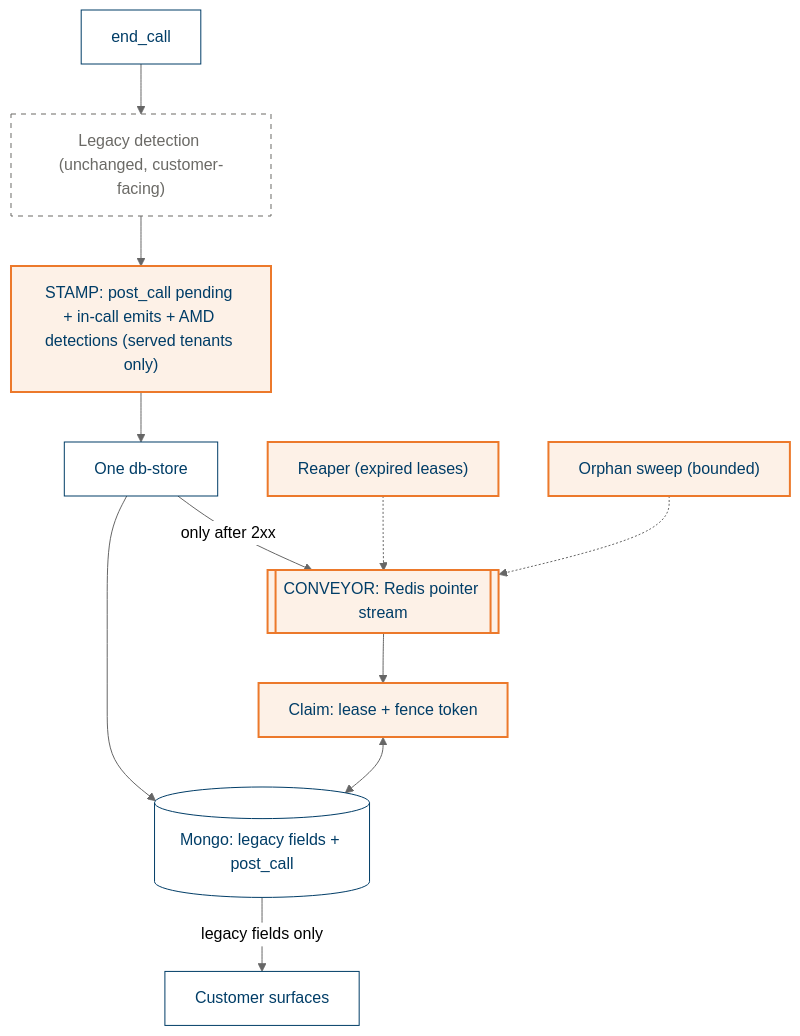
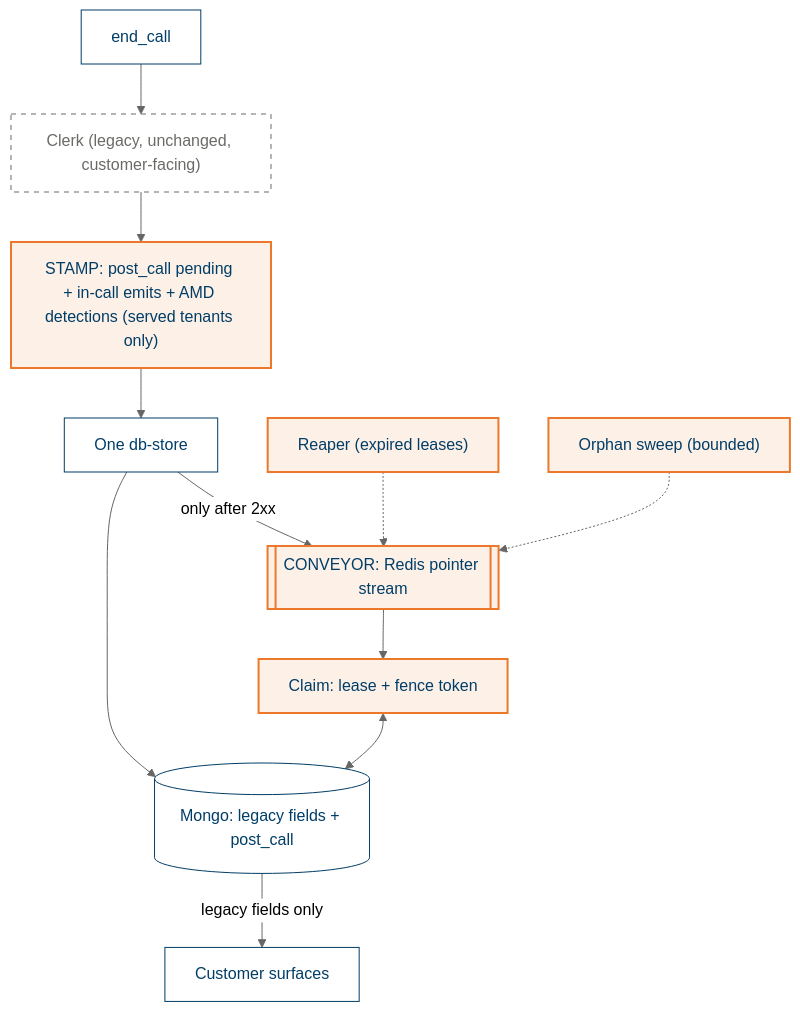
One commit to mynk93/dotfiles changed the second of 6 diagrams in home/dot_claude/skills/elih/examples/post-call-event-gen/board.md. Above: the diagram before and after it, drawn with Mermaid (neutral theme). The commit also changed other lines of this file and 17 other files, not shown here.

````diff
--- a/home/dot_claude/skills/elih/examples/post-call-event-gen/board.md
+++ b/home/dot_claude/skills/elih/examples/post-call-event-gen/board.md
@@ -19,15 +19,15 @@
 ```mermaid
 flowchart TD
     classDef legacy stroke-dasharray:5 5,stroke:#6B6A66,color:#6B6A66,fill:#fff
     classDef existing fill:#fff,stroke:#003D67,color:#003D67
     classDef new fill:#FDF1E7,stroke:#EC792B,color:#003D67,stroke-width:2px
-    EC["end_call"]:::existing --> LEG["Legacy detection (unchanged, customer-facing)"]:::legacy
+    EC["end_call"]:::existing --> LEG["Clerk (legacy, unchanged, customer-facing)"]:::legacy
     LEG --> ST["STAMP: post_call pending + in-call emits + AMD detections (served tenants only)"]:::new
     ST --> DBS["One db-store"]:::existing --> DB[("Mongo: legacy fields + post_call")]:::existing
     DBS -->|"only after 2xx"| Q[["CONVEYOR: Redis pointer stream"]]:::new
     Q --> CL["Claim: lease + fence token"]:::new
     REAP["Reaper (expired leases)"]:::new -.-> Q
     SW["Orphan sweep (bounded)"]:::new -.-> Q
     CL <--> DB
     DB -->|"legacy fields only"| OUT["Customer surfaces"]:::existing
 ```
````
